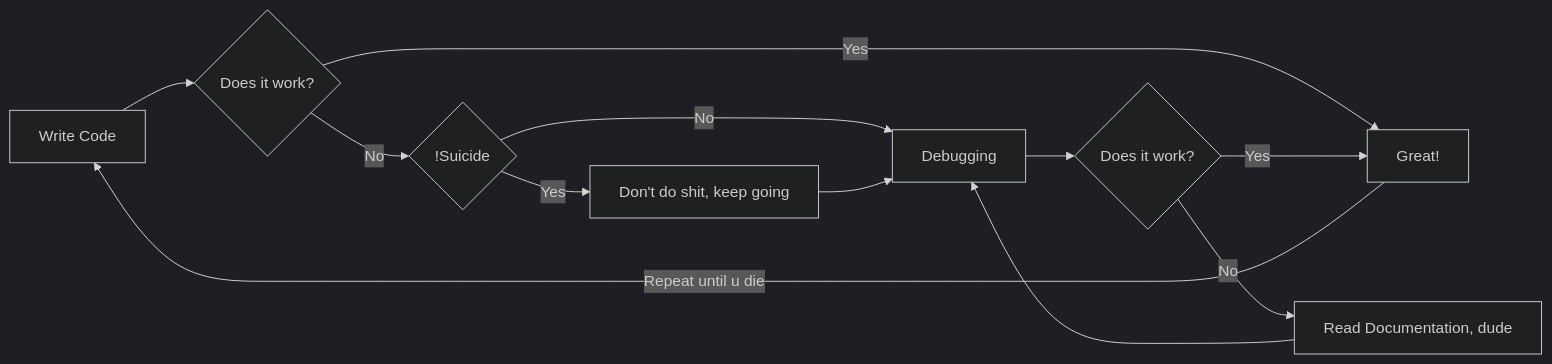
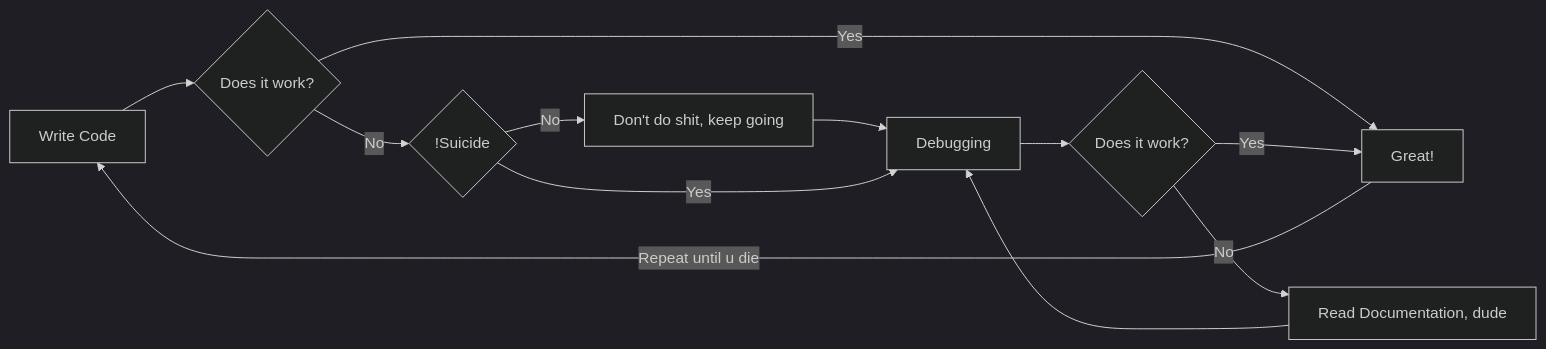
The diagram in README.md (Michkail/LessonCPPnC), drawn with Mermaid (dark theme) before and after one commit.

Commit message:
just wink

````diff
--- a/README.md
+++ b/README.md
@@ -3,12 +3,12 @@
 ```mermaid
 graph LR
     A[Write Code] --> B{Does it work?}
     B -- Yes --> C[Great!]
     B -- No --> D{!Suicide}
     C -- Repeat until u die --> A
-    D -- No --> E[AWD]
-    D -- Yes --> F[Don't do shit, keep going] --> E[Debugging]
+    D -- No --> F[Don't do shit, keep going] --> E[Debugging]
+    D -- Yes --> E
     E --> G{Does it work?}
     G -- No --> H[Read Documentation, dude] --> E
     G -- Yes --> C
 ```
````
